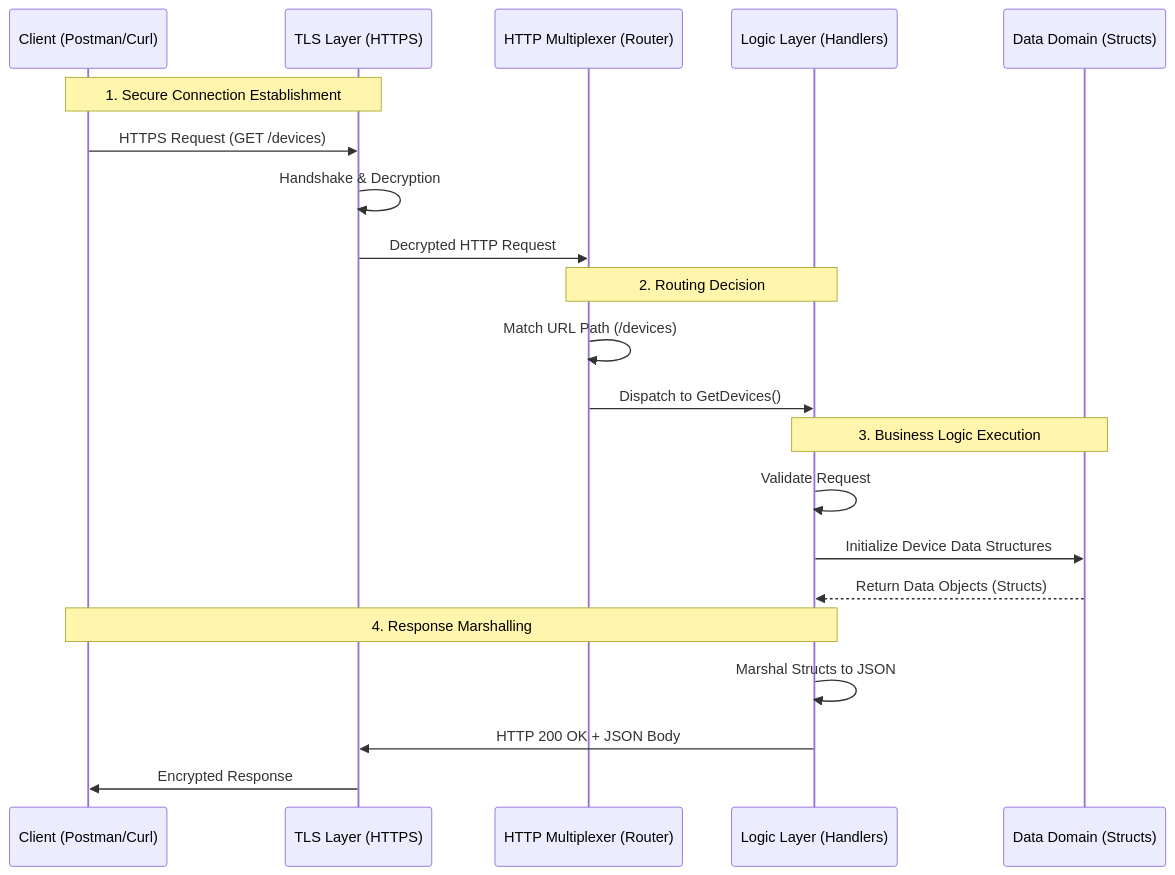
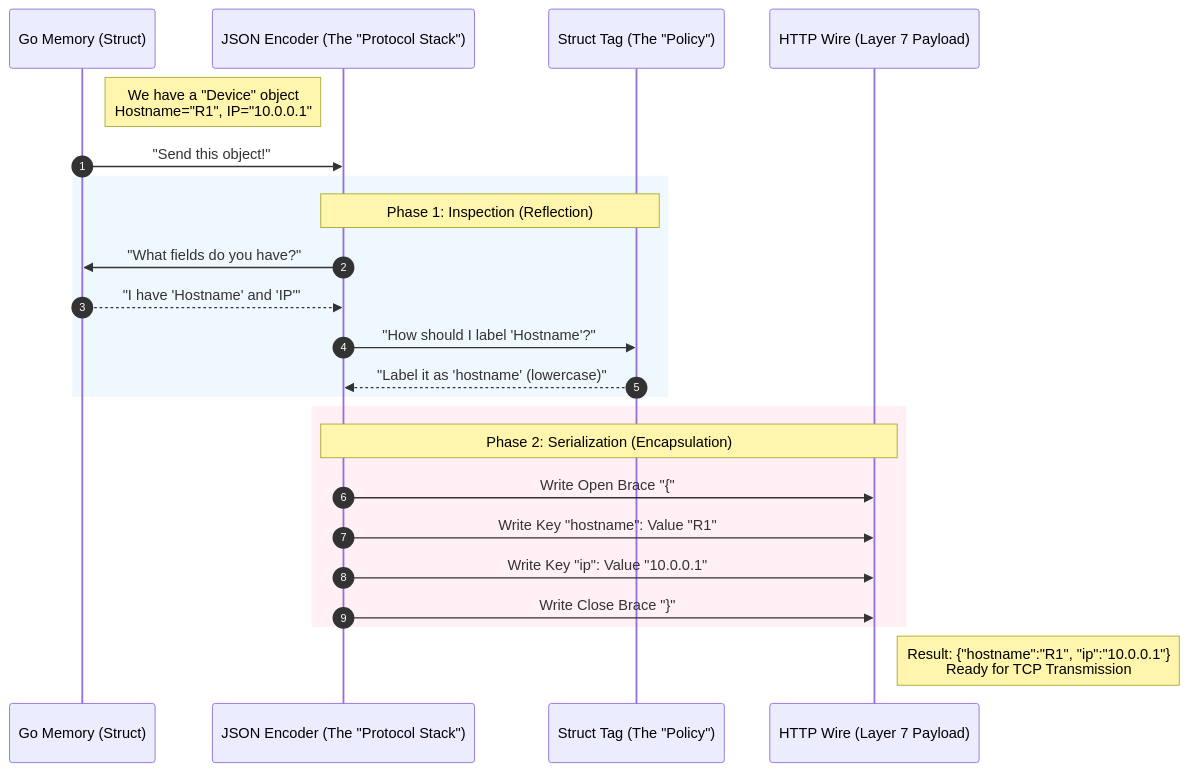
One commit to YasinEnginExpert/REST-API changed the second of 4 diagrams in README.md. Above: the diagram before and after it, drawn with Mermaid. The commit also changed other lines of this file, not shown here.

````diff
--- a/README.md
+++ b/README.md
@@ -12,27 +63,31 @@
 ```mermaid
 sequenceDiagram
-    participant Client as Client (Postman/Curl)
-    participant TLS as TLS Layer (HTTPS)
-    participant Mux as HTTP Multiplexer (Router)
-    participant Handler as Logic Layer (Handlers)
-    participant Model as Data Domain (Structs)
+    autonumber
+    participant RAM as Go Memory (Struct)
+    participant Encoder as JSON Encoder (The "Protocol Stack")
+    participant Tag as Struct Tag (The "Policy")
+    participant Wire as HTTP Wire (Layer 7 Payload)
 
-    Note over Client, TLS: 1. Secure Connection Establishment
-    Client->>TLS: HTTPS Request (GET /devices)
-    TLS->>TLS: Handshake & Decryption
-    TLS->>Mux: Decrypted HTTP Request
+    Note right of RAM: We have a "Device" object<br/>Hostname="R1", IP="10.0.0.1"
 
-    Note over Mux, Handler: 2. Routing Decision
-    Mux->>Mux: Match URL Path (/devices)
-    Mux->>Handler: Dispatch to GetDevices()
+    RAM->>Encoder: "Send this object!"
+    
+    rect rgb(240, 248, 255)
+        Note over Encoder, Tag: Phase 1: Inspection (Reflection)
+        Encoder->>RAM: "What fields do you have?"
+        RAM-->>Encoder: "I have 'Hostname' and 'IP'"
+        
+        Encoder->>Tag: "How should I label 'Hostname'?"
+        Tag-->>Encoder: "Label it as 'hostname' (lowercase)"
+    end
 
-    Note over Handler, Model: 3. Business Logic Execution
-    Handler->>Handler: Validate Request
-    Handler->>Model: Initialize Device Data Structures
-    Model-->>Handler: Return Data Objects (Structs)
+    rect rgb(255, 240, 245)
+        Note over Encoder, Wire: Phase 2: Serialization (Encapsulation)
+        Encoder->>Wire: Write Open Brace "{"
+        Encoder->>Wire: Write Key "hostname": Value "R1"
+        Encoder->>Wire: Write Key "ip": Value "10.0.0.1"
+        Encoder->>Wire: Write Close Brace "}"
+    end
 
-    Note over Handler, Client: 4. Response Marshalling
-    Handler->>Handler: Marshal Structs to JSON
-    Handler->>TLS: HTTP 200 OK + JSON Body
-    TLS->>Client: Encrypted Response
+    Note right of Wire: Result: {"hostname":"R1", "ip":"10.0.0.1"}<br/>Ready for TCP Transmission
 ```
````
